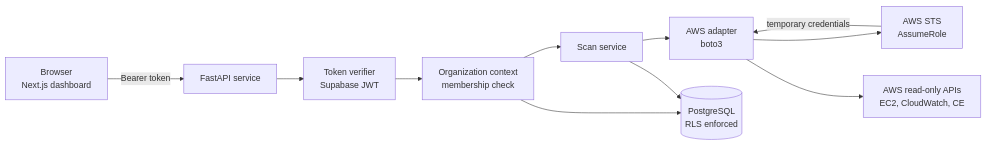
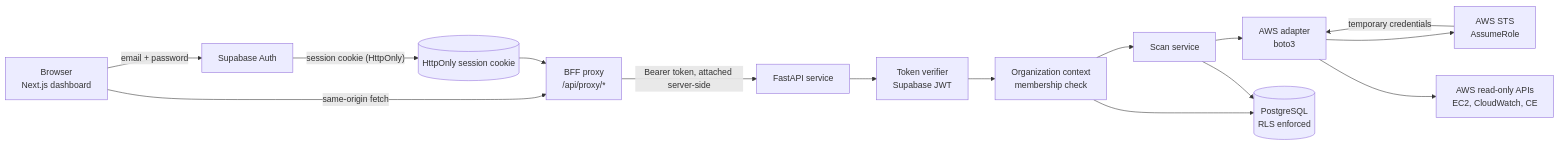
Before and after one commit to KrAbhimanyu/cloudpatrol: the first of 2 diagrams in docs/ARCHITECTURE.md, drawn with Mermaid. The commit also changed other lines of this file and 84 other files, not shown here.

````diff
--- a/docs/ARCHITECTURE.md
+++ b/docs/ARCHITECTURE.md
@@ -23,23 +23,30 @@
 ```mermaid
 flowchart LR
     Browser["Browser<br/>Next.js dashboard"]
+    Auth["Supabase Auth"]
+    Proxy["BFF proxy<br/>/api/proxy/*"]
+    Cookie[("HttpOnly session cookie")]
     API["FastAPI service"]
     Verifier["Token verifier<br/>Supabase JWT"]
     Authz["Organization context<br/>membership check"]
     Scan["Scan service"]
     Adapter["AWS adapter<br/>boto3"]
     STS["AWS STS<br/>AssumeRole"]
     AWS["AWS read-only APIs<br/>EC2, CloudWatch, CE"]
     DB[("PostgreSQL<br/>RLS enforced")]
 
-    Browser -->|"Bearer token"| API
+    Browser -->|"email + password"| Auth
+    Auth -->|"session cookie (HttpOnly)"| Cookie
+    Browser -->|"same-origin fetch"| Proxy
+    Cookie --> Proxy
+    Proxy -->|"Bearer token, attached server-side"| API
     API --> Verifier
     Verifier --> Authz
     Authz --> Scan
     Authz --> DB
     Scan --> Adapter
     Adapter --> STS
     STS -->|"temporary credentials"| Adapter
     Adapter --> AWS
     Scan --> DB
 ```
````
